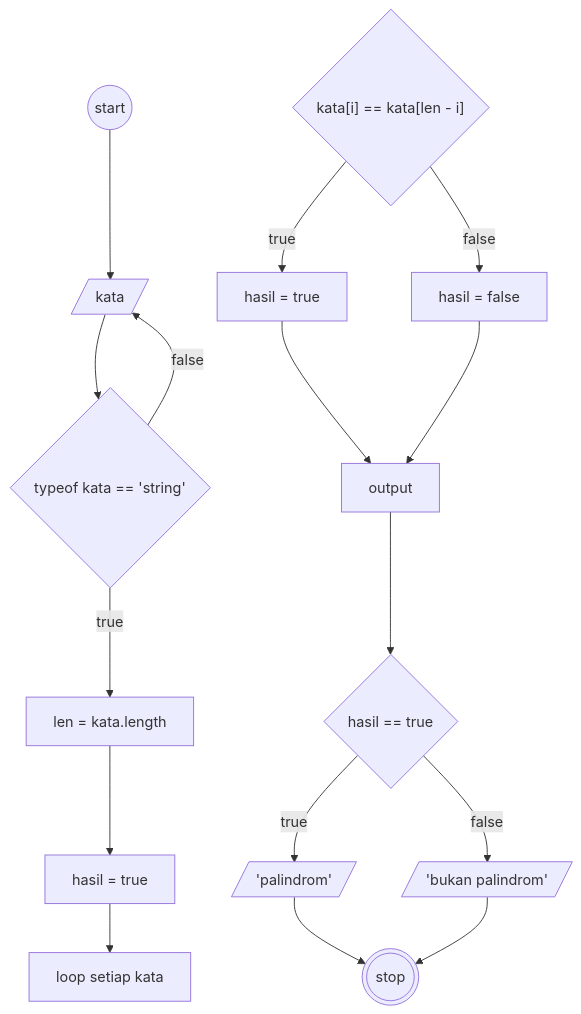
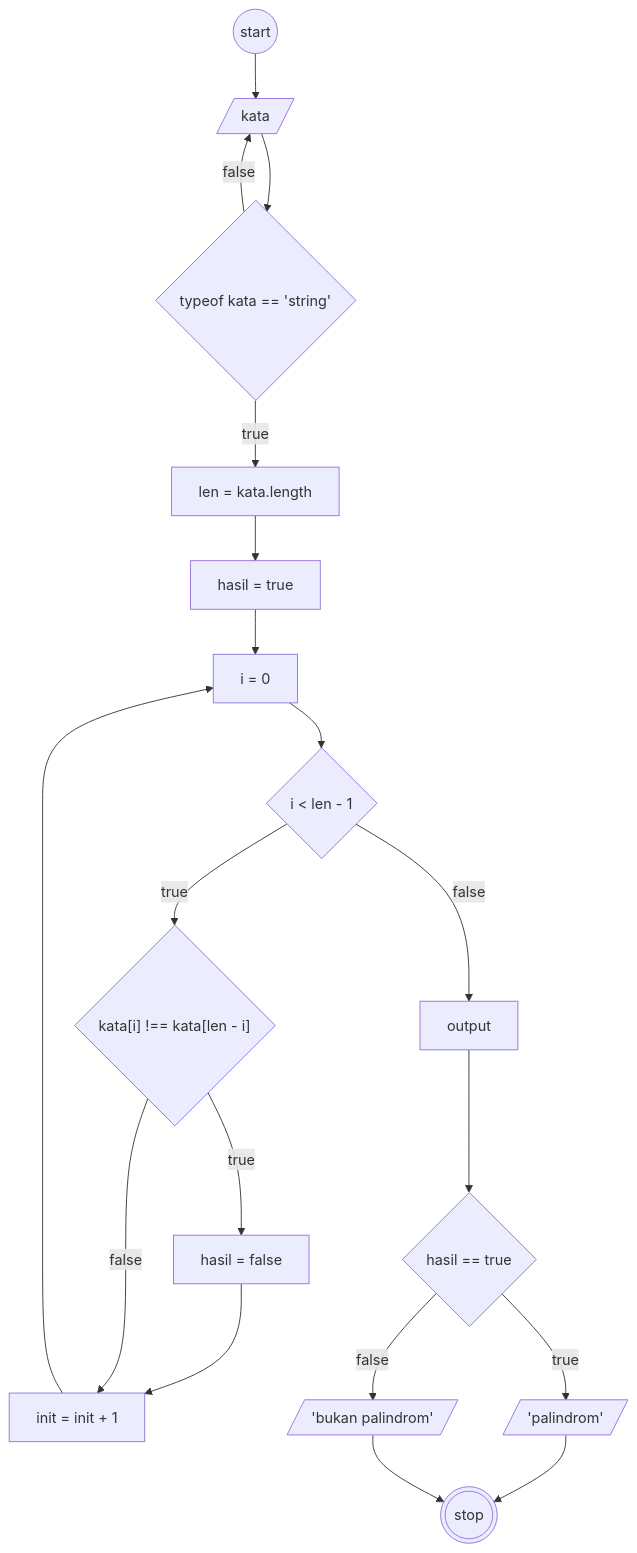
Before and after one commit to yasirmaxstyle/fgo24-weeklytask1: the first of 2 diagrams in 1_algoritma.md, drawn with Mermaid. The commit also changed other lines of this file, not shown here.

Commit message:
edit loop condition algorithm

````diff
--- a/1_algoritma.md
+++ b/1_algoritma.md
@@ -22,35 +24,39 @@
 ```mermaid
 
 graph TD
 a((start))
 in[/kata/]
 val{typeof kata == 'string'}
 var[len = kata.length]
 res[hasil = true]
-loop[loop setiap kata]
-con@{shape: diamond, label: 'kata[i] == kata[len - i]'}
-tr[hasil = true]
-fl[hasil = false]
+loop[i = 0]
+conloop@{shape: diamond, label: i < len - 1}
+con@{shape: diamond, label: 'kata[i] !== kata[len - i]'}
+tr[hasil = false]
+inc[init = init + 1]
 resout[output]
 rescon{hasil == true}
 out1[/'palindrom'/]
 out2[/'bukan palindrom'/]
 x(((stop)))
 
 a --> in
 in --> val
 val --true--> var
 val --false--> in
 var --> res
 res --> loop
-
+loop --> conloop
+conloop --true--> con
 con --true--> tr
-con --false--> fl
-tr & fl --> resout
+tr --> inc
+inc --> loop
+con --false--> inc
+conloop --false--> resout
 resout --> rescon
 rescon --true--> out1
 rescon --false--> out2
 out1 & out2 --> x
 
 
 ```
````
